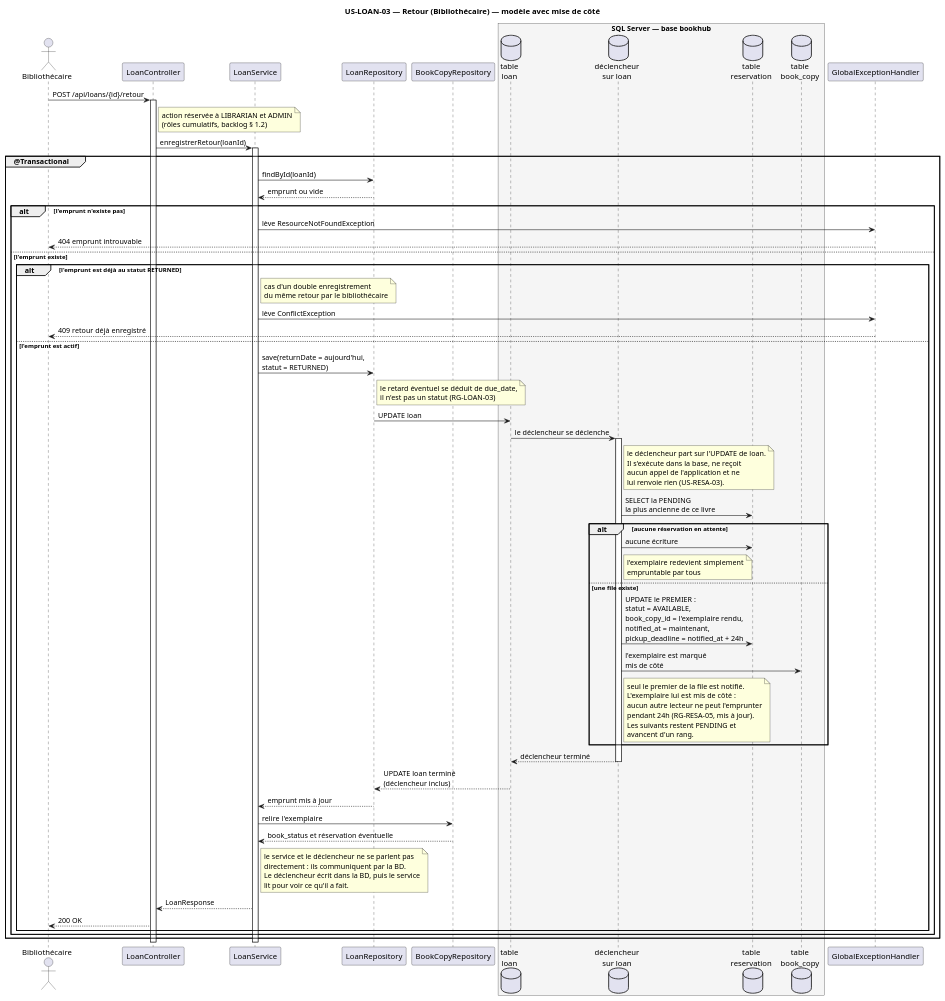
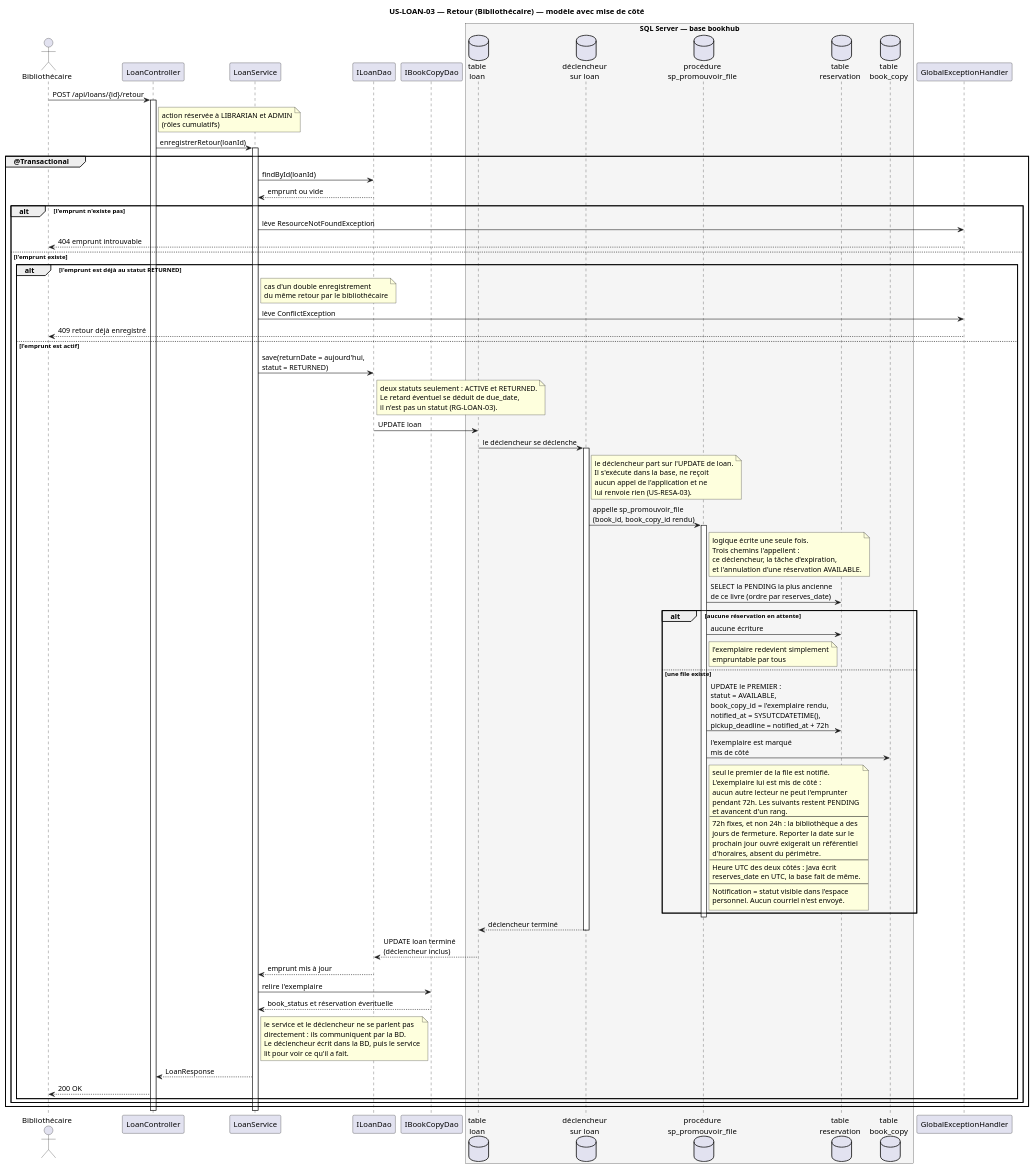
Before and after one commit to OussEng/BookHub: the diagram in backlog/loan-return-sequence.puml, drawn with PlantUML. The commit also changed 1 other file, not shown here.

Commit message:
docs: mettre les diagrammes de sequence a jour (5 controles, 72h, DAO, UTC)

```diff
--- a/backlog/loan-return-sequence.puml
+++ b/backlog/loan-return-sequence.puml
@@ -1,80 +1,86 @@
 @startuml
 title US-LOAN-03 — Retour (Bibliothécaire) — modèle avec mise de côté
 
 actor Bibliothécaire as B
 participant "LoanController" as C
 participant "LoanService" as S
-participant "LoanRepository" as LR
-participant "BookCopyRepository" as BCR
+participant "ILoanDao" as LD
+participant "IBookCopyDao" as BCD
 box "SQL Server — base bookhub" #F5F5F5
 database "table\nloan" as TLOAN
 database "déclencheur\nsur loan" as T
+database "procédure\nsp_promouvoir_file" as P
 database "table\nreservation" as TRES
 database "table\nbook_copy" as TBC
 end box
 participant "GlobalExceptionHandler" as E
 
 B -> C : POST /api/loans/{id}/retour
 activate C
-note right of C : action réservée à LIBRARIAN et ADMIN\n(rôles cumulatifs, backlog § 1.2)
+note right of C : action réservée à LIBRARIAN et ADMIN\n(rôles cumulatifs)
 C -> S : enregistrerRetour(loanId)
 activate S
 
 group @Transactional
 
-    S -> LR : findById(loanId)
-    LR --> S : emprunt ou vide
+    S -> LD : findById(loanId)
+    LD --> S : emprunt ou vide
 
     alt l'emprunt n'existe pas
         S -> E : lève ResourceNotFoundException
         E --> B : 404 emprunt introuvable
 
     else l'emprunt existe
 
         alt l'emprunt est déjà au statut RETURNED
             note right of S : cas d'un double enregistrement\ndu même retour par le bibliothécaire
             S -> E : lève ConflictException
             E --> B : 409 retour déjà enregistré
 
         else l'emprunt est actif
 
-            S -> LR : save(returnDate = aujourd'hui,\nstatut = RETURNED)
-            note right of LR : le retard éventuel se déduit de due_date,\nil n'est pas un statut (RG-LOAN-03)
+            S -> LD : save(returnDate = aujourd'hui,\nstatut = RETURNED)
+            note right of LD : deux statuts seulement : ACTIVE et RETURNED.\nLe retard éventuel se déduit de due_date,\nil n'est pas un statut (RG-LOAN-03).
 
-            LR -> TLOAN : UPDATE loan
+            LD -> TLOAN : UPDATE loan
             TLOAN -> T : le déclencheur se déclenche
             activate T
             note right of T : le déclencheur part sur l'UPDATE de loan.\nIl s'exécute dans la base, ne reçoit\naucun appel de l'application et ne\nlui renvoie rien (US-RESA-03).
 
-            T -> TRES : SELECT la PENDING\nla plus ancienne de ce livre
+            T -> P : appelle sp_promouvoir_file\n(book_id, book_copy_id rendu)
+            activate P
+            note right of P : logique écrite une seule fois.\nTrois chemins l'appellent :\nce déclencheur, la tâche d'expiration,\net l'annulation d'une réservation AVAILABLE.
+
+            P -> TRES : SELECT la PENDING la plus ancienne\nde ce livre (ordre par reserves_date)
 
             alt aucune réservation en attente
-                T -> TRES : aucune écriture
-                note right of T : l'exemplaire redevient simplement\nempruntable par tous
+                P -> TRES : aucune écriture
+                note right of P : l'exemplaire redevient simplement\nempruntable par tous
 
             else une file existe
-                T -> TRES : UPDATE le PREMIER :\nstatut = AVAILABLE,\nbook_copy_id = l'exemplaire rendu,\nnotified_at = maintenant,\npickup_deadline = notified_at + 24h
-                T -> TBC : l'exemplaire est marqué\nmis de côté
-                note right of T : seul le premier de la file est notifié.\nL'exemplaire lui est mis de côté :\naucun autre lecteur ne peut l'emprunter\npendant 24h (RG-RESA-05, mis à jour).\nLes suivants restent PENDING et\navancent d'un rang.
+                P -> TRES : UPDATE le PREMIER :\nstatut = AVAILABLE,\nbook_copy_id = l'exemplaire rendu,\nnotified_at = SYSUTCDATETIME(),\npickup_deadline = notified_at + 72h
+                P -> TBC : l'exemplaire est marqué\nmis de côté
+                note right of P : seul le premier de la file est notifié.\nL'exemplaire lui est mis de côté :\naucun autre lecteur ne peut l'emprunter\npendant 72h. Les suivants restent PENDING\net avancent d'un rang.\n--\n72h fixes, et non 24h : la bibliothèque a des\njours de fermeture. Reporter la date sur le\nprochain jour ouvré exigerait un référentiel\nd'horaires, absent du périmètre.\n--\nHeure UTC des deux côtés : Java écrit\nreserves_date en UTC, la base fait de même.\n--\nNotification = statut visible dans l'espace\npersonnel. Aucun courriel n'est envoyé.
             end
 
+            deactivate P
             T --> TLOAN : déclencheur terminé
             deactivate T
-            TLOAN --> LR : UPDATE loan terminé\n(déclencheur inclus)
-            LR --> S : emprunt mis à jour
+            TLOAN --> LD : UPDATE loan terminé\n(déclencheur inclus)
+            LD --> S : emprunt mis à jour
 
-            S -> BCR : relire l'exemplaire
-            BCR --> S : book_status et réservation éventuelle
+            S -> BCD : relire l'exemplaire
+            BCD --> S : book_status et réservation éventuelle
             note right of S : le service et le déclencheur ne se parlent pas\ndirectement : ils communiquent par la BD.\nLe déclencheur écrit dans la BD, puis le service\nlit pour voir ce qu'il a fait.
 
             S --> C : LoanResponse
             C --> B : 200 OK
         end
     end
 
 end
 
 deactivate S
 deactivate C
 
 @enduml
```
